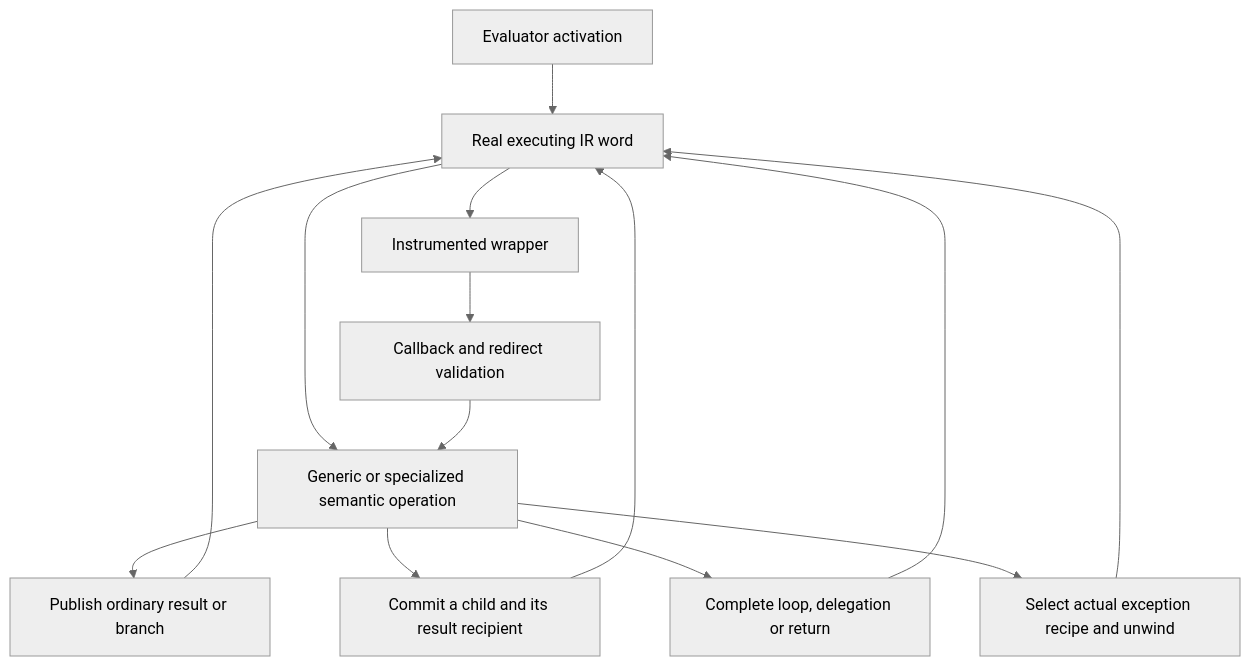
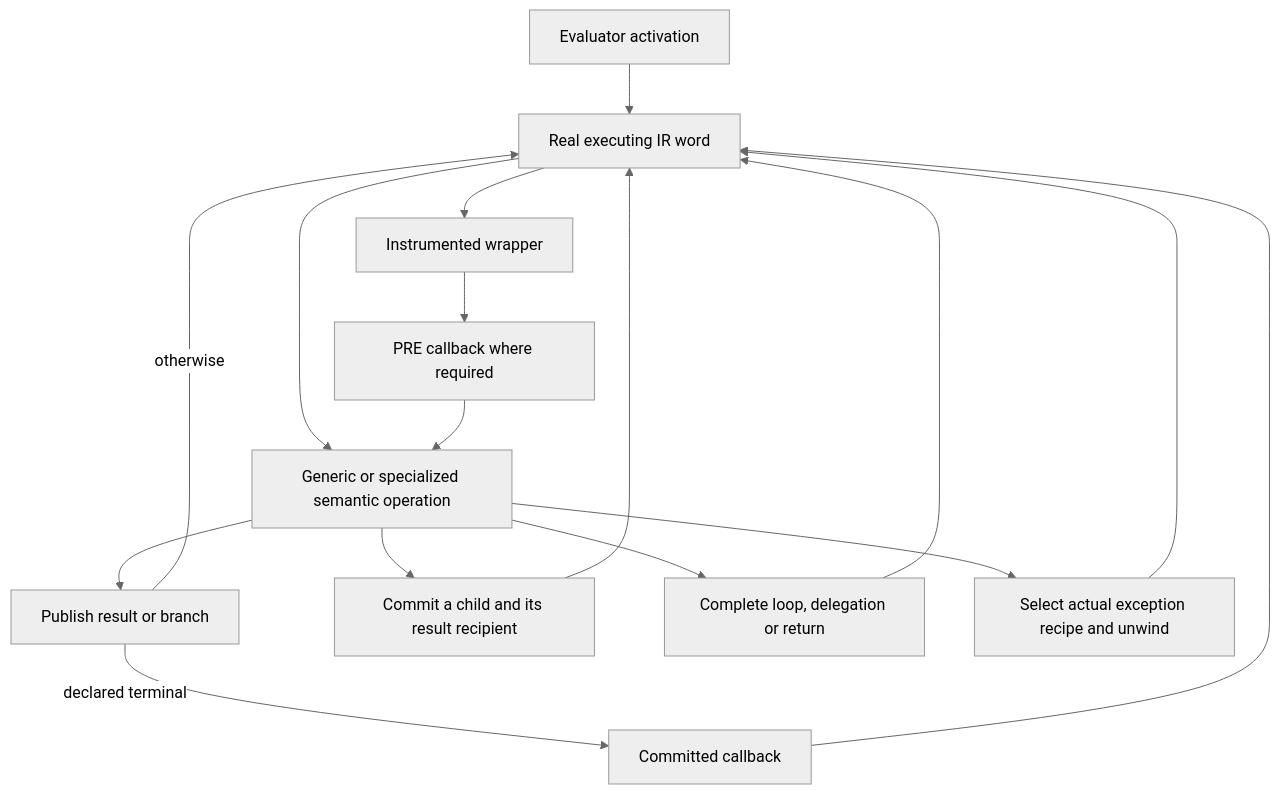
The first of 2 diagrams in pyjit/design/interpreter.md (rjpower/cpython), drawn with Mermaid (neutral theme) before and after one commit. The commit also changed other lines of this file and 48 other files, not shown here.

Commit message:
Document committed observer outcomes, current profiles and next frame-state repair

````diff
--- a/pyjit/design/interpreter.md
+++ b/pyjit/design/interpreter.md
@@ -31,16 +30,18 @@
 ```mermaid
 flowchart TD
     entry[Evaluator activation] --> word[Real executing IR word]
     word --> handler[Generic or specialized semantic operation]
     word --> wrapper[Instrumented wrapper]
-    wrapper --> observer[Callback and redirect validation]
-    observer --> handler
-    handler --> ordinary[Publish ordinary result or branch]
-    ordinary --> word
+    wrapper --> pre[PRE callback where required]
+    pre --> handler
+    handler --> ordinary[Publish result or branch]
+    ordinary -->|declared terminal| post[Committed callback]
+    ordinary -->|otherwise| word
+    post --> word
     handler --> child_entry[Commit a child and its result recipient]
     child_entry --> word
     handler --> completion[Complete loop, delegation or return]
     completion --> word
     handler --> error[Select actual exception recipe and unwind]
     error --> word
 ```
````
